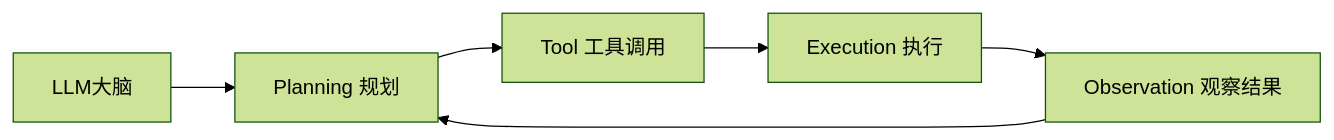
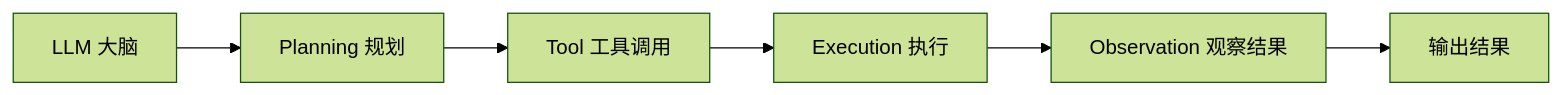
One commit to AI-learning-simple/Build-Your-Own-LLM changed the diagram in 3. Agent/1. Agent——定义、组成与执行循环.md. Above: the diagram before and after it, drawn with Mermaid (forest theme). The commit also changed other lines of this file and 51 other files, not shown here.

````diff
--- a/3. Agent/1. Agent——定义、组成与执行循环.md
+++ b/3. Agent/1. Agent——定义、组成与执行循环.md
@@ -29,8 +29,8 @@
 ```mermaid
 flowchart LR
-    A[LLM大脑] --> B[Planning 规划]
+    A[LLM 大脑] --> B[Planning 规划]
     B --> C[Tool 工具调用]
     C --> D[Execution 执行]
     D --> E[Observation 观察结果]
-    E --> B
+    E --> F[输出结果]
 ```
````
